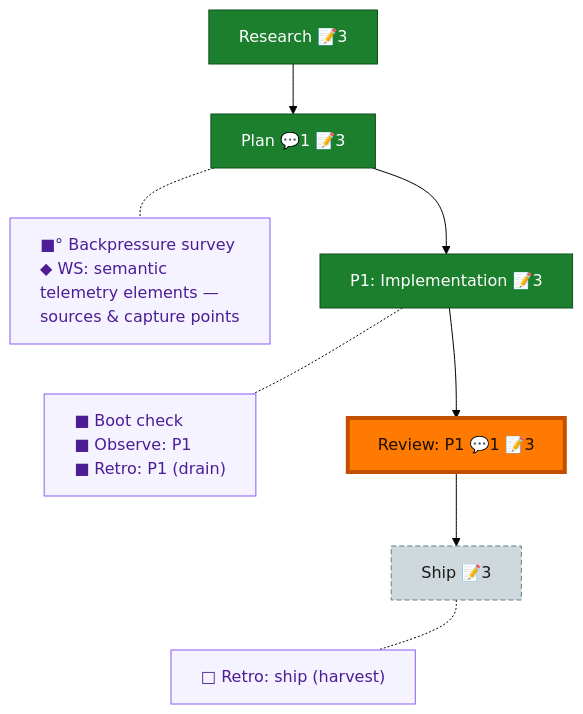
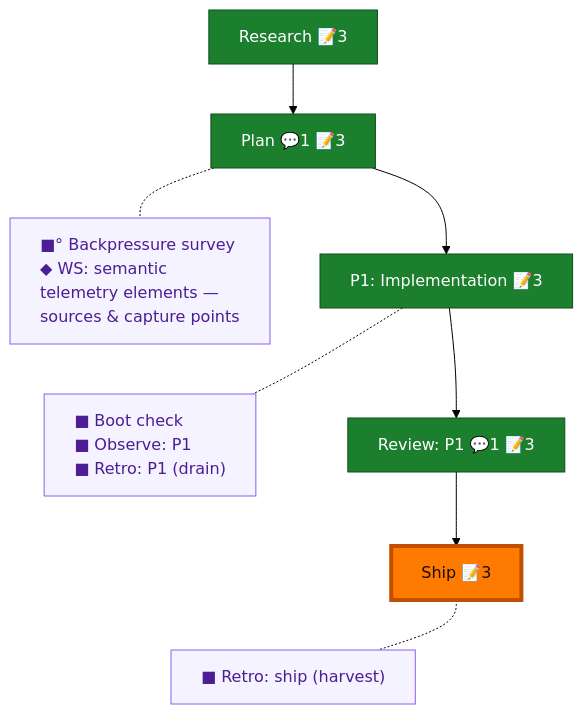
Before and after one commit to AI-Substrate/harness-engineering: the diagram in docs/plans/050-semantic-artifact-telemetry/the-flow.md, drawn with Mermaid (forest theme). The commit also changed other lines of this file and 3 other files, not shown here.

Commit message:
docs(050): close out flow — ship report, DL-001 retro record, flight plan complete

````diff
--- a/docs/plans/050-semantic-artifact-telemetry/the-flow.md
+++ b/docs/plans/050-semantic-artifact-telemetry/the-flow.md
@@ -8,28 +8,27 @@
 ```mermaid
 flowchart TD
     research["Research 📝3"]:::done
     plan["Plan 💬1 📝3"]:::done
     phase_1["P1: Implementation 📝3"]:::done
     review_1["Review: P1 💬1 📝3"]:::done
-    ship["Ship 📝3"]:::assumed
+    ship["Ship 📝3"]:::done
 
     research --> plan --> phase_1 --> review_1 --> ship
 
     planC["■° Backpressure survey<br/>◆ WS: semantic telemetry elements — sources & capture points"]:::chore
     phase_1C["■ Boot check<br/>■ Observe: P1<br/>■ Retro: P1 (drain)"]:::chore
-    shipC["□ Retro: ship (harvest)"]:::chore
+    shipC["■ Retro: ship (harvest)"]:::chore
 
     %% invisible chain holds the gutter boxes in their own column
     planC ~~~ phase_1C ~~~ shipC
 
     %% dotted links pull each gutter box beside its node
     plan -.- planC
     phase_1 -.- phase_1C
     ship -.- shipC
 
     classDef done fill:#1B7F2E,stroke:#0F4F1B,color:#fff;
-    classDef assumed fill:#CFD8DC,stroke:#607D8B,color:#1a1a1a,stroke-dasharray:5 3;
     classDef chore fill:#f5f3ff,stroke:#8b5cf6,color:#4c1d95,text-align:left;
     classDef current fill:#FF7A00,stroke:#C24E00,color:#1a0e00,stroke-width:4px;
-    class review_1 current;
+    class ship current;
 ```
````
